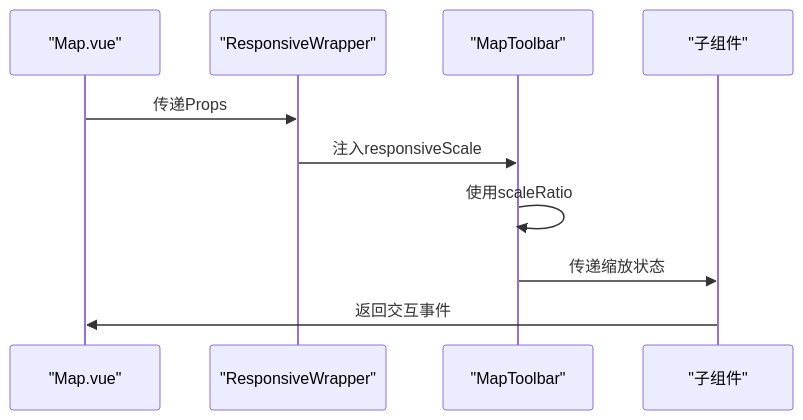
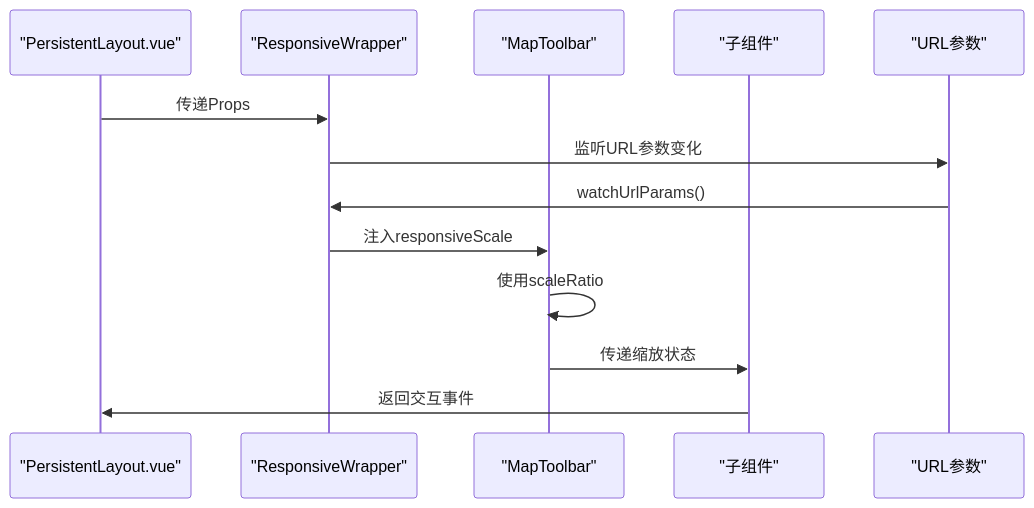
One commit to zhibo1997/government-dashboard changed the eighth of 13 diagrams in .qoder/repowiki/zh/content/核心组件架构/响应式包装器.md. Above: the diagram before and after it, drawn with Mermaid. The commit also changed other lines of this file and 28 other files, not shown here.

````diff
--- a/.qoder/repowiki/zh/content/核心组件架构/响应式包装器.md
+++ b/.qoder/repowiki/zh/content/核心组件架构/响应式包装器.md
@@ -274,12 +317,15 @@
 ```mermaid
 sequenceDiagram
-participant Parent as "Map.vue"
+participant Parent as "PersistentLayout.vue"
 participant Wrapper as "ResponsiveWrapper"
 participant Toolbar as "MapToolbar"
 participant Child as "子组件"
+participant URL as "URL参数"
 Parent->>Wrapper : 传递Props
+Wrapper->>URL : 监听URL参数变化
+URL->>Wrapper : watchUrlParams()
 Wrapper->>Toolbar : 注入responsiveScale
 Toolbar->>Toolbar : 使用scaleRatio
 Toolbar->>Child : 传递缩放状态
 Child->>Parent : 返回交互事件
 ```
````
